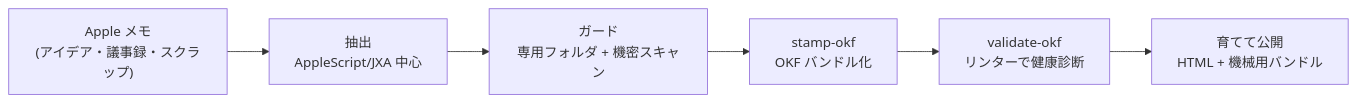
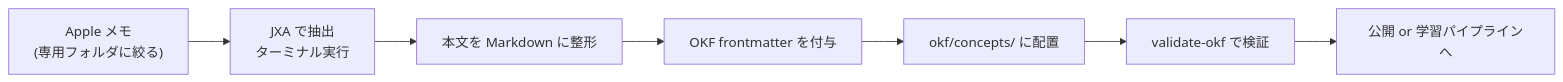
Before and after one commit to watanabe3tipapa/okf-seedling: the diagram in tutorial/04-apple-notes.qmd, drawn with Mermaid. The commit also changed other lines of this file and 4 other files, not shown here.

First line of the commit message:
docs: expand 04-apple-notes for beginners (JXA step-by-step, HTML->Markdown, guards)

````diff
--- a/tutorial/04-apple-notes.qmd
+++ b/tutorial/04-apple-notes.qmd
@@ -25,8 +20,9 @@
 ```{mermaid}
 flowchart LR
-    N["Apple メモ<br>(アイデア・議事録・スクラップ)"] --> E["抽出<br>AppleScript/JXA 中心"]
-    E --> G["ガード<br>専用フォルダ + 機密スキャン"]
-    G --> S["stamp-okf<br>OKF バンドル化"]
-    S --> V["validate-okf<br>リンターで健康診断"]
-    V --> P["育てて公開<br>HTML + 機械用バンドル"]
+    N["Apple メモ<br>(専用フォルダに絞る)"] --> E["JXA で抽出<br>ターミナル実行"]
+    E --> C["本文を Markdown に整形"]
+    C --> F["OKF frontmatter を付与"]
+    F --> S["okf/concepts/ に配置"]
+    S --> V["validate-okf で検証"]
+    V --> P["公開 or 学習パイプラインへ"]
 ```
````
